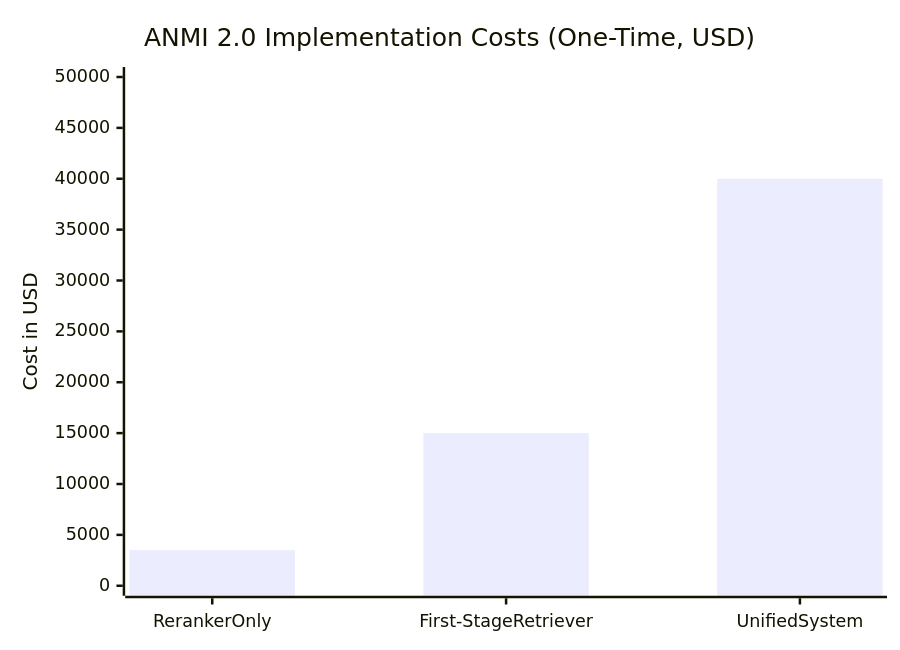
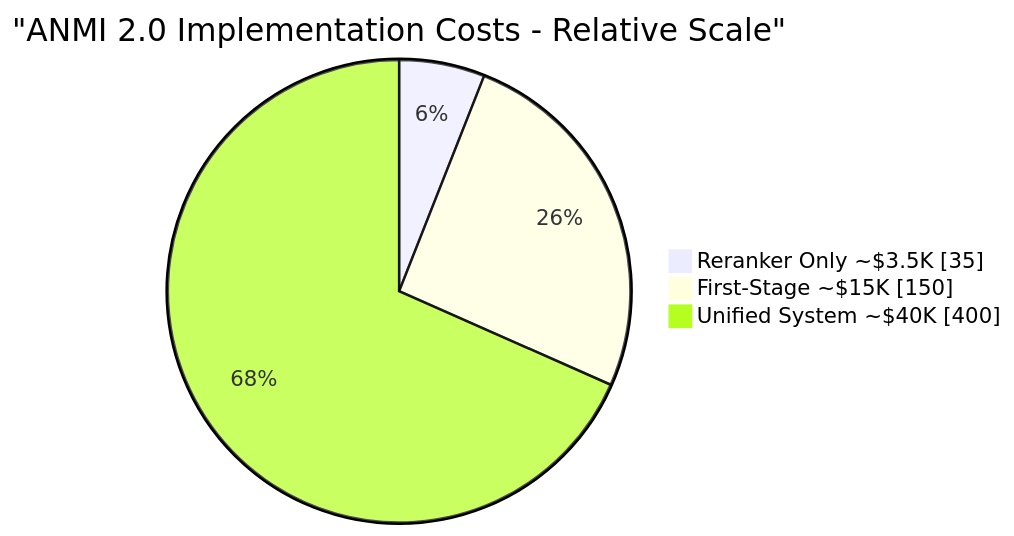
The fifth of 29 diagrams in ANMI_comparision.md (Pendu/Advanced-Retreival-and-Re-ranking), drawn with Mermaid before and after one commit. The commit also changed other lines of this file, not shown here.

Commit message:
Fixed the flow diagrams in the comparision file.

````diff
--- a/ANMI_comparision.md
+++ b/ANMI_comparision.md
@@ -275,7 +275,7 @@
 ```mermaid
-xychart-beta
-    title "ANMI 2.0 Implementation Costs (One-Time, USD)"
-    x-axis [Reranker Only, First-Stage Retriever, Unified System]
-    y-axis "Cost in USD" 0 --> 50000
-    bar [3500, 15000, 40000]
+pie showData
+    title "ANMI 2.0 Implementation Costs - Relative Scale"
+    "Reranker Only ~$3.5K" : 35
+    "First-Stage ~$15K" : 150
+    "Unified System ~$40K" : 400
 ```
````
